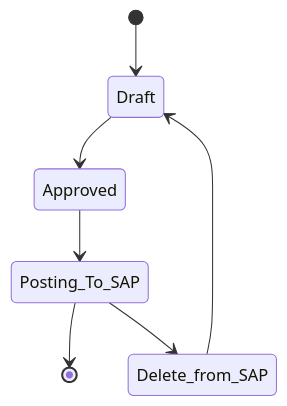
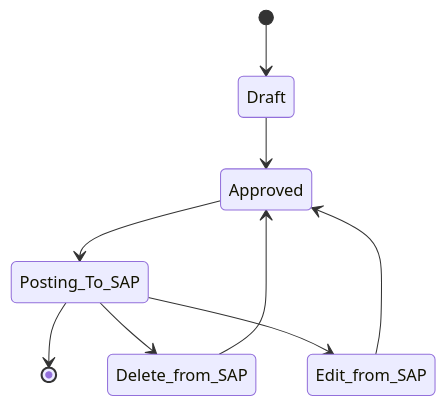
The seventh of 7 diagrams in cnw_je_doc.md (andyut/cnw_doc), drawn with Mermaid before and after one commit. The commit also changed other lines of this file, not shown here.

````diff
--- a/cnw_je_doc.md
+++ b/cnw_je_doc.md
@@ -159,9 +159,11 @@
 ```mermaid
 stateDiagram-v2
 [*] --> Draft
 Draft --> Approved
 Approved --> Posting_To_SAP
 Posting_To_SAP --> [*]
 Posting_To_SAP --> Delete_from_SAP 
-Delete_from_SAP --> Draft
+Posting_To_SAP --> Edit_from_SAP 
+Edit_from_SAP --> Approved
+Delete_from_SAP --> Approved
 ```
````
